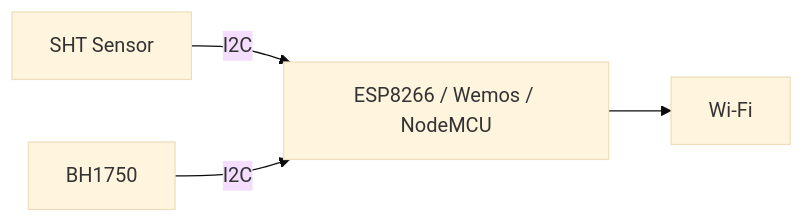
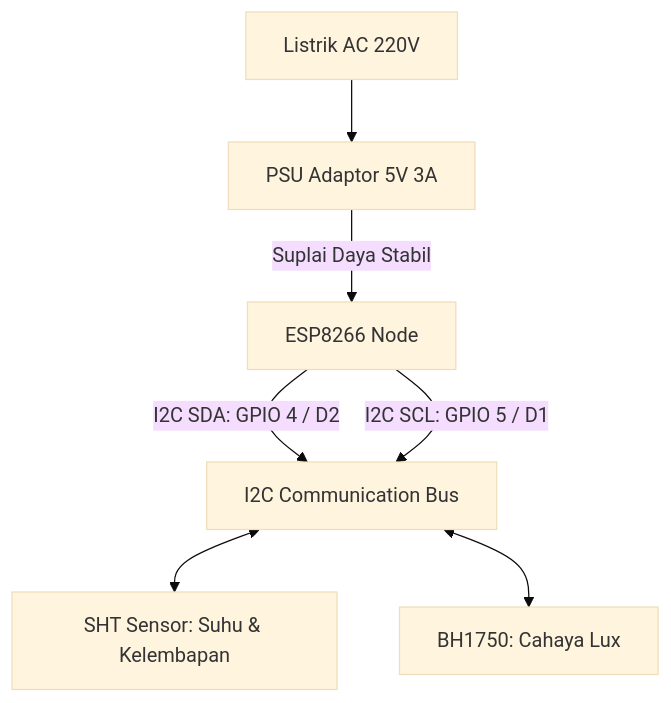
The diagram in src/content/docs/05-hardware/node-sensor.md (dhimasardinata/ta-iot-greenhouse-docs), drawn with Mermaid (base theme) before and after one commit. The commit also changed other lines of this file and 30 other files, not shown here.

````diff
--- a/src/content/docs/05-hardware/node-sensor.md
+++ b/src/content/docs/05-hardware/node-sensor.md
@@ -35,6 +37,9 @@
 ```mermaid
-flowchart LR
-    SHT[SHT Sensor] -->|I2C| NODE[ESP8266 / Wemos / NodeMCU]
-    BH[BH1750] -->|I2C| NODE
-    NODE --> WIFI[Wi-Fi]
+flowchart TD
+    AC[Listrik AC 220V] --> PSU[PSU Adaptor 5V 3A]
+    PSU -->|Suplai Daya Stabil| Node[ESP8266 Node]
+    Node -->|I2C SDA: GPIO 4 / D2| Bus[I2C Communication Bus]
+    Node -->|I2C SCL: GPIO 5 / D1| Bus
+    Bus <--> SHT[SHT Sensor: Suhu & Kelembapan]
+    Bus <--> BH[BH1750: Cahaya Lux]
 ```
````
